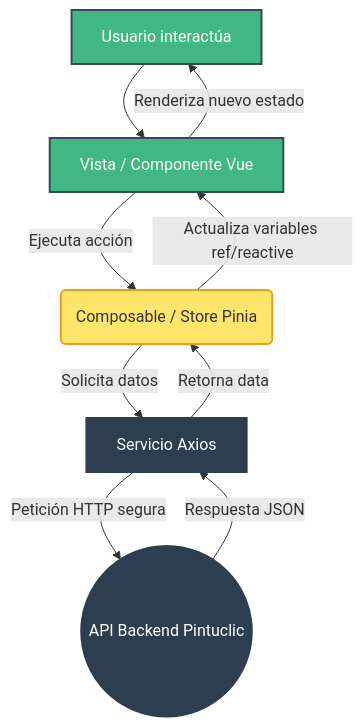
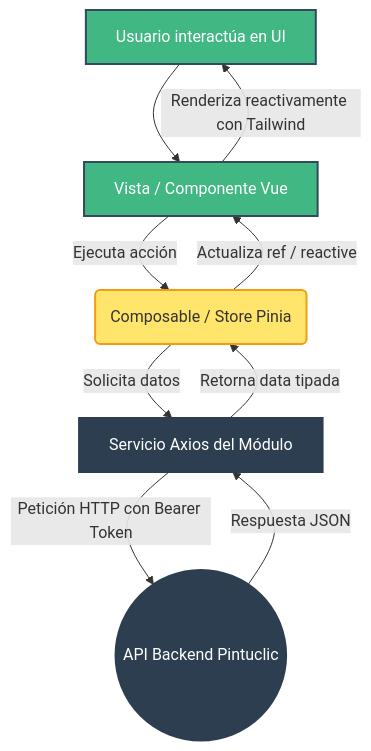
One commit to pintuclic/pintuclic changed the diagram in frontend/infraestructura.md. Above: the diagram before and after it, drawn with Mermaid. The commit also changed other lines of this file and 9 other files, not shown here.

````diff
--- a/frontend/infraestructura.md
+++ b/frontend/infraestructura.md
@@ -49,21 +50,21 @@
 ```mermaid
 graph TD
-    A[Usuario interactúa] --> B[Vista / Componente Vue]
+    A[Usuario interactúa en UI] --> B[Vista / Componente Vue]
     B -->|Ejecuta acción| C(Composable / Store Pinia)
-    C -->|Solicita datos| D[Servicio Axios]
-    D -->|Petición HTTP segura| E((API Backend Pintuclic))
+    C -->|Solicita datos| D[Servicio Axios del Módulo]
+    D -->|Petición HTTP con Bearer Token| E((API Backend Pintuclic))
     E -->|Respuesta JSON| D
-    D -->|Retorna data| C
-    C -->|Actualiza variables ref/reactive| B
-    B -->|Renderiza nuevo estado| A
+    D -->|Retorna data tipada| C
+    C -->|Actualiza ref / reactive| B
+    B -->|Renderiza reactivamente con Tailwind| A
 
     classDef vue fill:#41b883,stroke:#35495e,stroke-width:2px,color:#fff;
     classDef pinia fill:#ffe56b,stroke:#f39c12,stroke-width:2px,color:#333;
     classDef backend fill:#2c3e50,stroke:#2c3e50,stroke-width:2px,color:#fff;
   
     A:::vue
     B:::vue
     C:::pinia
     D:::backend
     E:::backend
 ```
````
